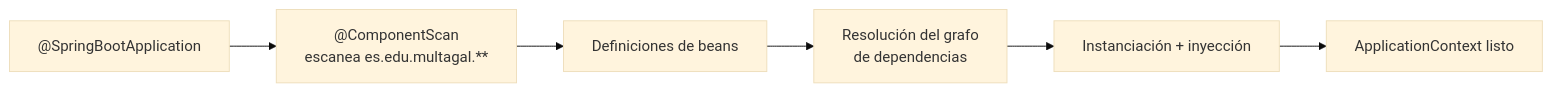
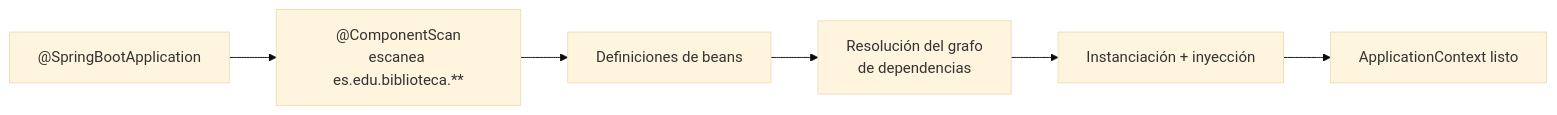
The first of 3 diagrams in src/pages/tema-0/f-inyeccion-dependencias.md (ProfesorPermuta/web-AD), drawn with Mermaid (base theme) before and after one commit. The commit also changed other lines of this file and 3 other files, not shown here.

````diff
--- a/src/pages/tema-0/f-inyeccion-dependencias.md
+++ b/src/pages/tema-0/f-inyeccion-dependencias.md
@@ -114,8 +114,8 @@
 ```mermaid
 graph LR
-    A["@SpringBootApplication"] --> B["@ComponentScan<br/>escanea es.edu.multagal.**"]
+    A["@SpringBootApplication"] --> B["@ComponentScan<br/>escanea es.edu.biblioteca.**"]
     B --> C[Definiciones de beans]
     C --> D[Resolución del grafo<br/>de dependencias]
     D --> E[Instanciación + inyección]
     E --> F[ApplicationContext listo]
 ```
````
